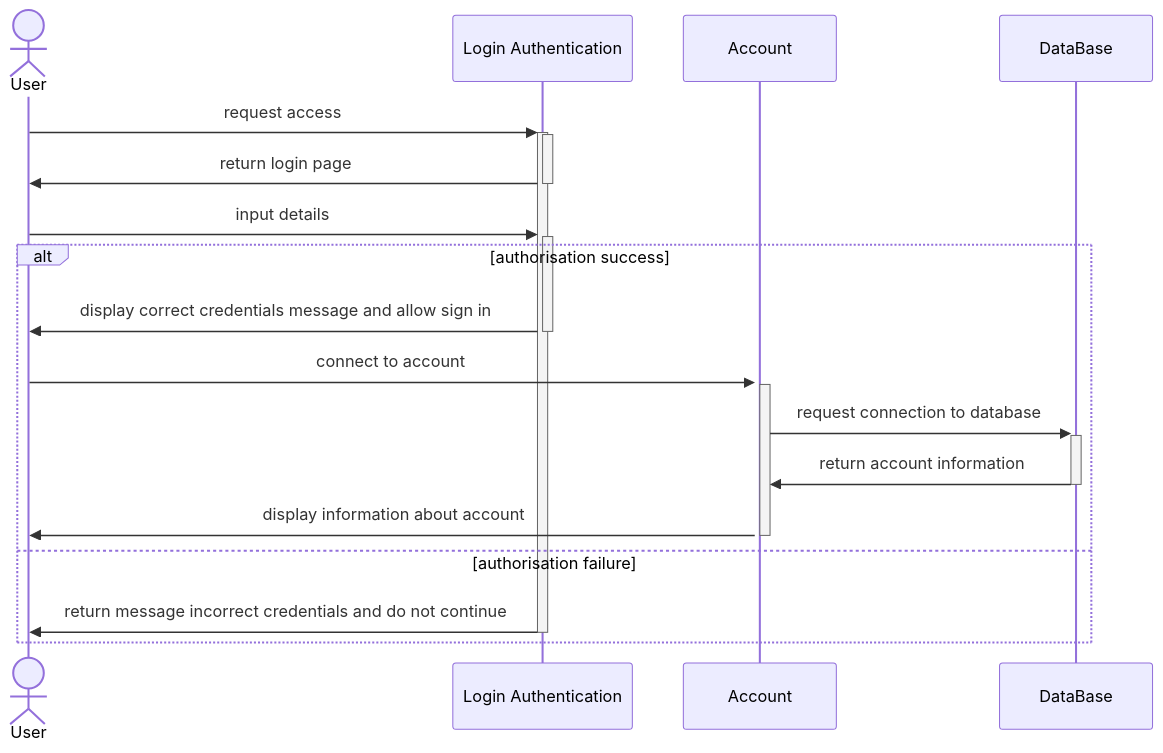
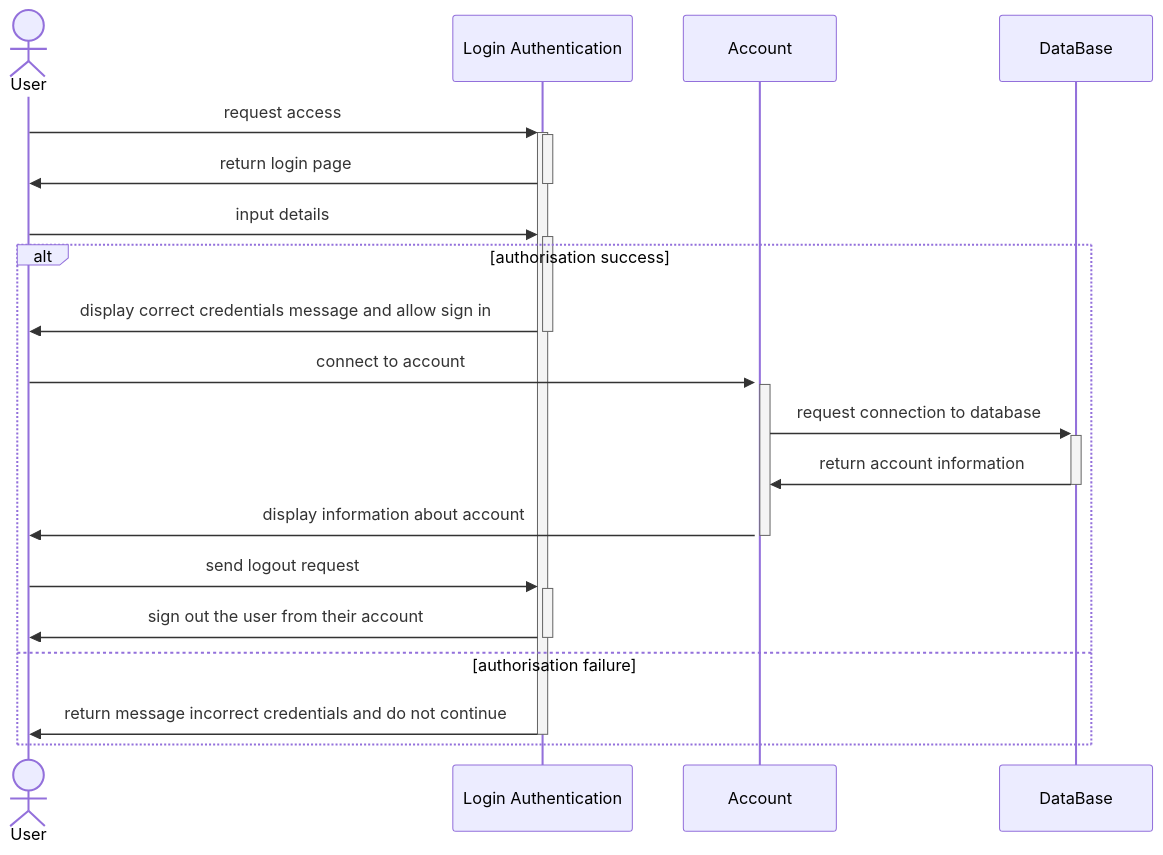
Before and after one commit to UniOfGreenwich/softwareproject_-team3: the first of 2 diagrams in README.md, drawn with Mermaid.

Commit message:
MOD: update sequence diagram

````diff
--- a/README.md
+++ b/README.md
@@ -7,18 +7,20 @@
 ```mermaid
 sequenceDiagram
 actor User
 User->>+Login Authentication: request access
 activate Login Authentication
 Login Authentication->>-User: return login page
 User->>+Login Authentication: input details
 alt authorisation success
 Login Authentication->>-User: display correct credentials message and allow sign in
 User->>+Account:connect to account
 activate Account
 Account->>+DataBase:request connection to database
 DataBase->>-Account:return account information
 Account->>-User:display information about account
+User->>+Login Authentication:send logout request
+Login Authentication->>-User:sign out the user from their account
 else authorisation failure
 Login Authentication->>-User: return message incorrect credentials and do not continue
 end
 ```
````
